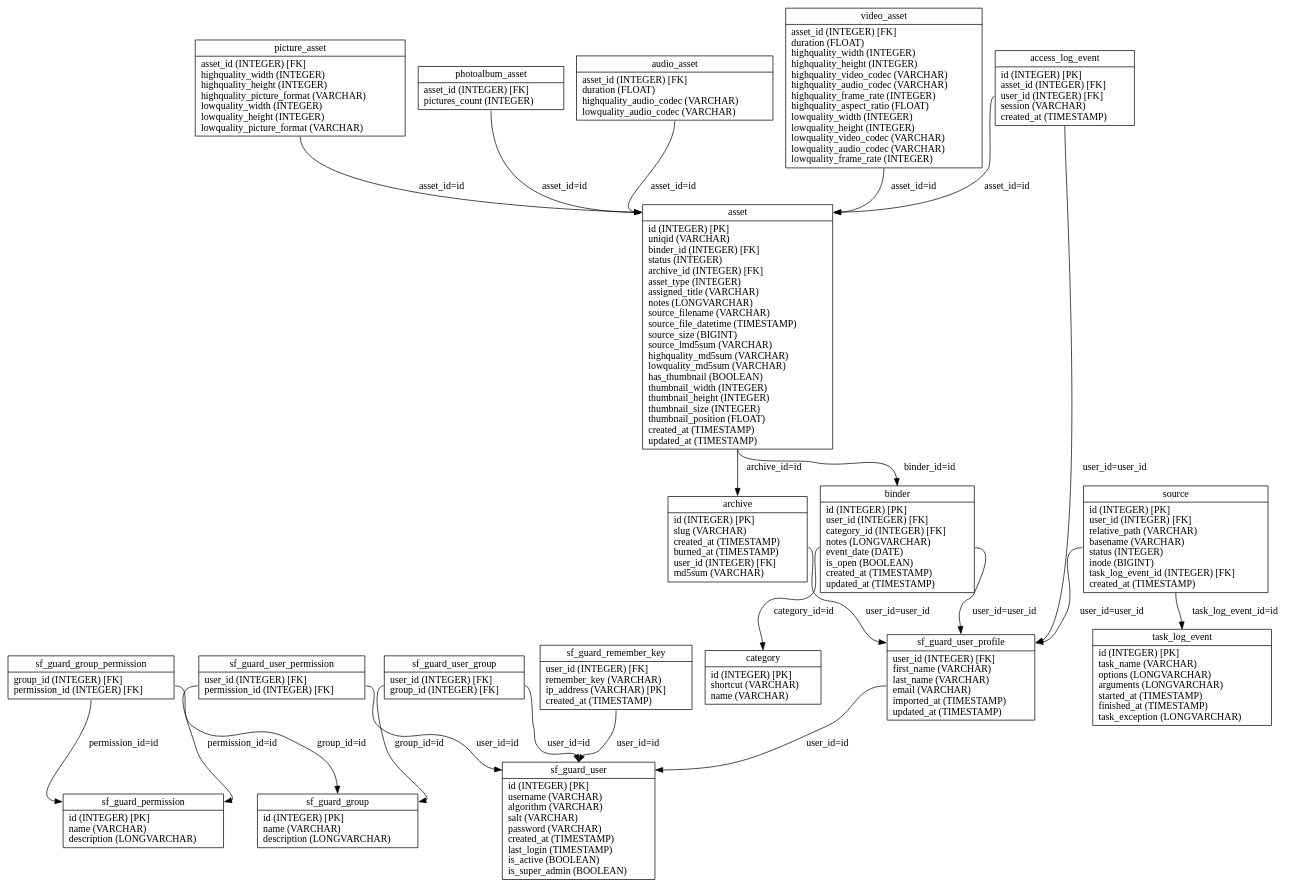
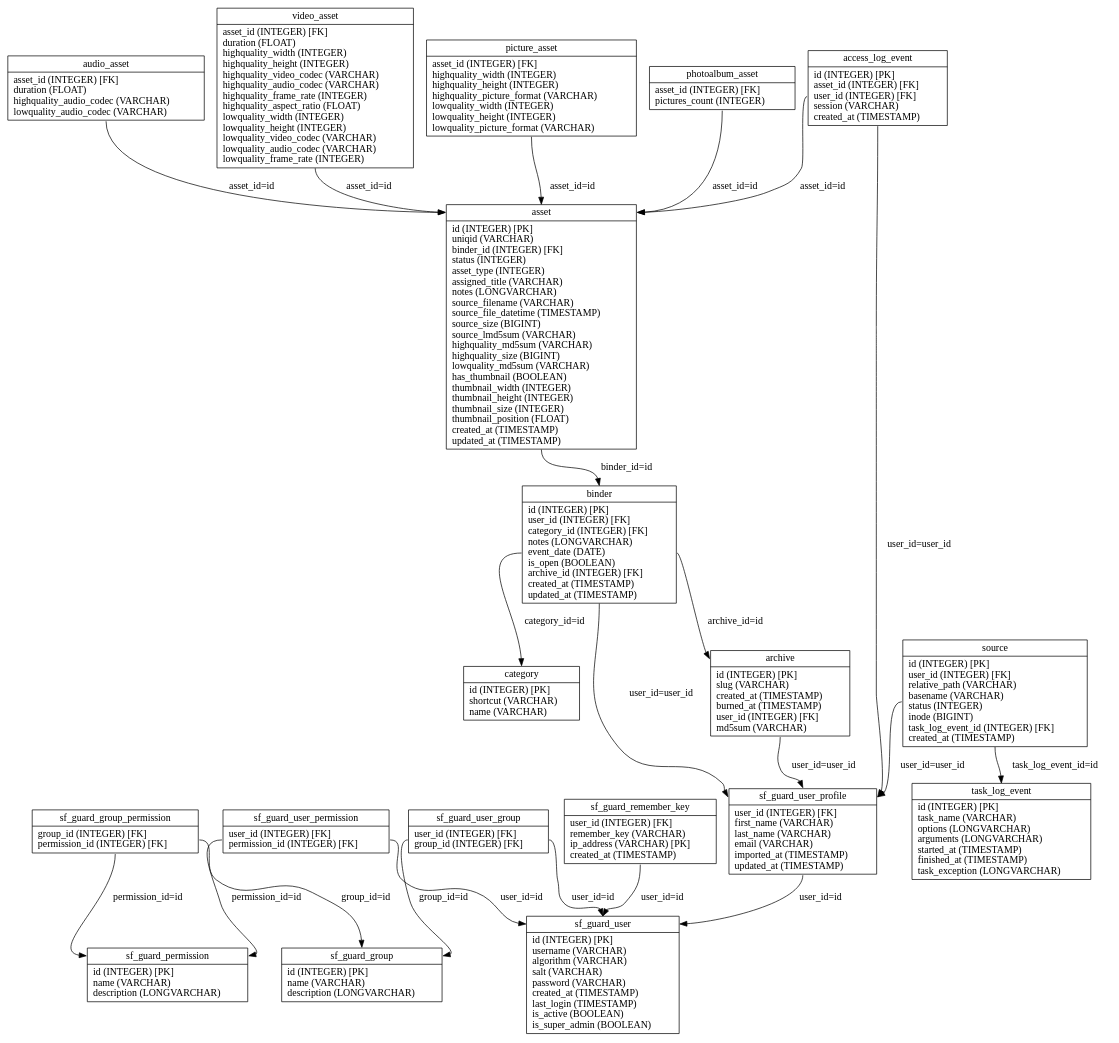
One commit to loristissino/wviola changed the diagram in graph/propel.schema.dot. Above: the diagram before and after it, drawn with Graphviz. The commit also changed 5 other files, not shown here.

```diff
--- a/graph/propel.schema.dot
+++ b/graph/propel.schema.dot
@@ -1,43 +1,43 @@
 digraph G {
 nodesf_guard_group [label="{<table>sf_guard_group|<cols>id (INTEGER) [PK]\lname (VARCHAR)\ldescription (LONGVARCHAR)\l}", shape=record];
 nodesf_guard_permission [label="{<table>sf_guard_permission|<cols>id (INTEGER) [PK]\lname (VARCHAR)\ldescription (LONGVARCHAR)\l}", shape=record];
 nodesf_guard_group_permission [label="{<table>sf_guard_group_permission|<cols>group_id (INTEGER) [FK]\lpermission_id (INTEGER) [FK]\l}", shape=record];
 nodesf_guard_user [label="{<table>sf_guard_user|<cols>id (INTEGER) [PK]\lusername (VARCHAR)\lalgorithm (VARCHAR)\lsalt (VARCHAR)\lpassword (VARCHAR)\lcreated_at (TIMESTAMP)\llast_login (TIMESTAMP)\lis_active (BOOLEAN)\lis_super_admin (BOOLEAN)\l}", shape=record];
 nodesf_guard_user_permission [label="{<table>sf_guard_user_permission|<cols>user_id (INTEGER) [FK]\lpermission_id (INTEGER) [FK]\l}", shape=record];
 nodesf_guard_user_group [label="{<table>sf_guard_user_group|<cols>user_id (INTEGER) [FK]\lgroup_id (INTEGER) [FK]\l}", shape=record];
 nodesf_guard_remember_key [label="{<table>sf_guard_remember_key|<cols>user_id (INTEGER) [FK]\lremember_key (VARCHAR)\lip_address (VARCHAR) [PK]\lcreated_at (TIMESTAMP)\l}", shape=record];
 nodesf_guard_user_profile [label="{<table>sf_guard_user_profile|<cols>user_id (INTEGER) [FK]\lfirst_name (VARCHAR)\llast_name (VARCHAR)\lemail (VARCHAR)\limported_at (TIMESTAMP)\lupdated_at (TIMESTAMP)\l}", shape=record];
-nodeasset [label="{<table>asset|<cols>id (INTEGER) [PK]\luniqid (VARCHAR)\lbinder_id (INTEGER) [FK]\lstatus (INTEGER)\larchive_id (INTEGER) [FK]\lasset_type (INTEGER)\lassigned_title (VARCHAR)\lnotes (LONGVARCHAR)\lsource_filename (VARCHAR)\lsource_file_datetime (TIMESTAMP)\lsource_size (BIGINT)\lsource_lmd5sum (VARCHAR)\lhighquality_md5sum (VARCHAR)\llowquality_md5sum (VARCHAR)\lhas_thumbnail (BOOLEAN)\lthumbnail_width (INTEGER)\lthumbnail_height (INTEGER)\lthumbnail_size (INTEGER)\lthumbnail_position (FLOAT)\lcreated_at (TIMESTAMP)\lupdated_at (TIMESTAMP)\l}", shape=record];
+nodeasset [label="{<table>asset|<cols>id (INTEGER) [PK]\luniqid (VARCHAR)\lbinder_id (INTEGER) [FK]\lstatus (INTEGER)\lasset_type (INTEGER)\lassigned_title (VARCHAR)\lnotes (LONGVARCHAR)\lsource_filename (VARCHAR)\lsource_file_datetime (TIMESTAMP)\lsource_size (BIGINT)\lsource_lmd5sum (VARCHAR)\lhighquality_md5sum (VARCHAR)\lhighquality_size (BIGINT)\llowquality_md5sum (VARCHAR)\lhas_thumbnail (BOOLEAN)\lthumbnail_width (INTEGER)\lthumbnail_height (INTEGER)\lthumbnail_size (INTEGER)\lthumbnail_position (FLOAT)\lcreated_at (TIMESTAMP)\lupdated_at (TIMESTAMP)\l}", shape=record];
 nodevideo_asset [label="{<table>video_asset|<cols>asset_id (INTEGER) [FK]\lduration (FLOAT)\lhighquality_width (INTEGER)\lhighquality_height (INTEGER)\lhighquality_video_codec (VARCHAR)\lhighquality_audio_codec (VARCHAR)\lhighquality_frame_rate (INTEGER)\lhighquality_aspect_ratio (FLOAT)\llowquality_width (INTEGER)\llowquality_height (INTEGER)\llowquality_video_codec (VARCHAR)\llowquality_audio_codec (VARCHAR)\llowquality_frame_rate (INTEGER)\l}", shape=record];
 nodepicture_asset [label="{<table>picture_asset|<cols>asset_id (INTEGER) [FK]\lhighquality_width (INTEGER)\lhighquality_height (INTEGER)\lhighquality_picture_format (VARCHAR)\llowquality_width (INTEGER)\llowquality_height (INTEGER)\llowquality_picture_format (VARCHAR)\l}", shape=record];
 nodephotoalbum_asset [label="{<table>photoalbum_asset|<cols>asset_id (INTEGER) [FK]\lpictures_count (INTEGER)\l}", shape=record];
 nodeaudio_asset [label="{<table>audio_asset|<cols>asset_id (INTEGER) [FK]\lduration (FLOAT)\lhighquality_audio_codec (VARCHAR)\llowquality_audio_codec (VARCHAR)\l}", shape=record];
-nodebinder [label="{<table>binder|<cols>id (INTEGER) [PK]\luser_id (INTEGER) [FK]\lcategory_id (INTEGER) [FK]\lnotes (LONGVARCHAR)\levent_date (DATE)\lis_open (BOOLEAN)\lcreated_at (TIMESTAMP)\lupdated_at (TIMESTAMP)\l}", shape=record];
+nodebinder [label="{<table>binder|<cols>id (INTEGER) [PK]\luser_id (INTEGER) [FK]\lcategory_id (INTEGER) [FK]\lnotes (LONGVARCHAR)\levent_date (DATE)\lis_open (BOOLEAN)\larchive_id (INTEGER) [FK]\lcreated_at (TIMESTAMP)\lupdated_at (TIMESTAMP)\l}", shape=record];
 nodearchive [label="{<table>archive|<cols>id (INTEGER) [PK]\lslug (VARCHAR)\lcreated_at (TIMESTAMP)\lburned_at (TIMESTAMP)\luser_id (INTEGER) [FK]\lmd5sum (VARCHAR)\l}", shape=record];
 nodecategory [label="{<table>category|<cols>id (INTEGER) [PK]\lshortcut (VARCHAR)\lname (VARCHAR)\l}", shape=record];
 nodeaccess_log_event [label="{<table>access_log_event|<cols>id (INTEGER) [PK]\lasset_id (INTEGER) [FK]\luser_id (INTEGER) [FK]\lsession (VARCHAR)\lcreated_at (TIMESTAMP)\l}", shape=record];
 nodetask_log_event [label="{<table>task_log_event|<cols>id (INTEGER) [PK]\ltask_name (VARCHAR)\loptions (LONGVARCHAR)\larguments (LONGVARCHAR)\lstarted_at (TIMESTAMP)\lfinished_at (TIMESTAMP)\ltask_exception (LONGVARCHAR)\l}", shape=record];
 nodesource [label="{<table>source|<cols>id (INTEGER) [PK]\luser_id (INTEGER) [FK]\lrelative_path (VARCHAR)\lbasename (VARCHAR)\lstatus (INTEGER)\linode (BIGINT)\ltask_log_event_id (INTEGER) [FK]\lcreated_at (TIMESTAMP)\l}", shape=record];
 
 nodesf_guard_group_permission:cols -> nodesf_guard_group:table [label="group_id=id "];
 nodesf_guard_group_permission:cols -> nodesf_guard_permission:table [label="permission_id=id "];
 nodesf_guard_user_permission:cols -> nodesf_guard_user:table [label="user_id=id "];
 nodesf_guard_user_permission:cols -> nodesf_guard_permission:table [label="permission_id=id "];
 nodesf_guard_user_group:cols -> nodesf_guard_user:table [label="user_id=id "];
 nodesf_guard_user_group:cols -> nodesf_guard_group:table [label="group_id=id "];
 nodesf_guard_remember_key:cols -> nodesf_guard_user:table [label="user_id=id "];
 nodesf_guard_user_profile:cols -> nodesf_guard_user:table [label="user_id=id "];
 nodeasset:cols -> nodebinder:table [label="binder_id=id "];
-nodeasset:cols -> nodearchive:table [label="archive_id=id "];
 nodevideo_asset:cols -> nodeasset:table [label="asset_id=id "];
 nodepicture_asset:cols -> nodeasset:table [label="asset_id=id "];
 nodephotoalbum_asset:cols -> nodeasset:table [label="asset_id=id "];
 nodeaudio_asset:cols -> nodeasset:table [label="asset_id=id "];
 nodebinder:cols -> nodesf_guard_user_profile:table [label="user_id=user_id "];
 nodebinder:cols -> nodecategory:table [label="category_id=id "];
+nodebinder:cols -> nodearchive:table [label="archive_id=id "];
 nodearchive:cols -> nodesf_guard_user_profile:table [label="user_id=user_id "];
 nodeaccess_log_event:cols -> nodeasset:table [label="asset_id=id "];
 nodeaccess_log_event:cols -> nodesf_guard_user_profile:table [label="user_id=user_id "];
 nodesource:cols -> nodesf_guard_user_profile:table [label="user_id=user_id "];
 nodesource:cols -> nodetask_log_event:table [label="task_log_event_id=id "];
 }
```
